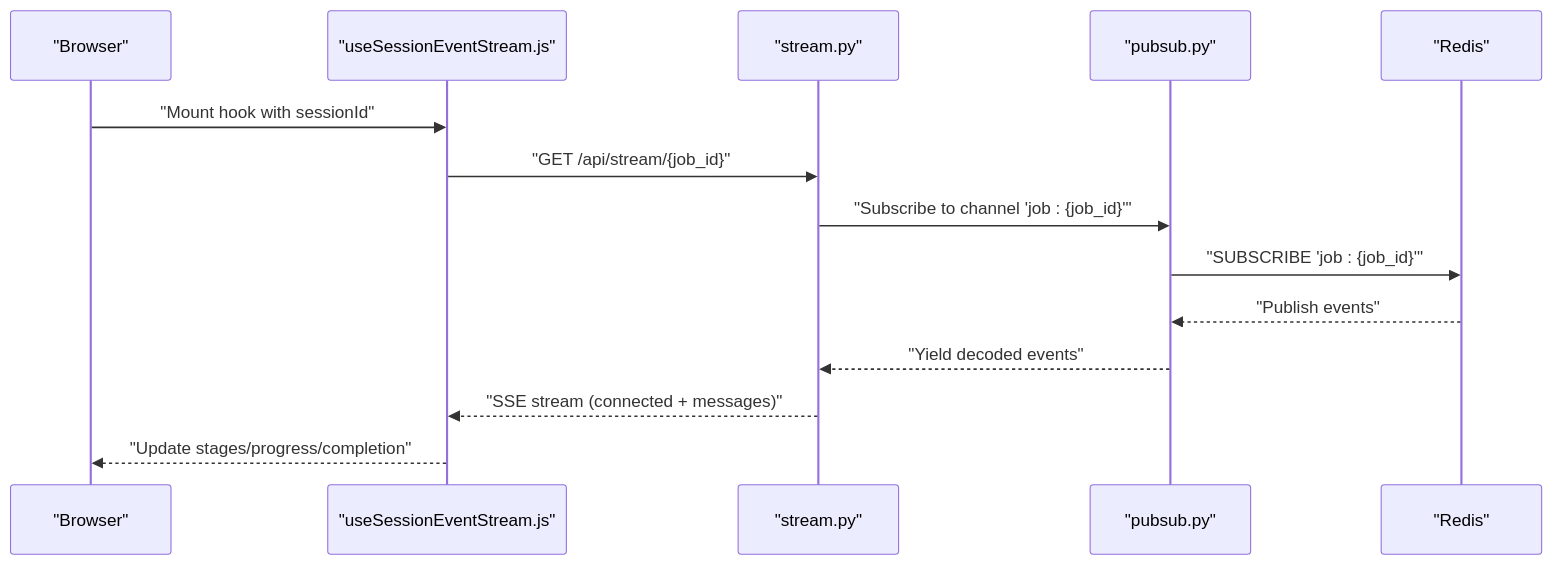
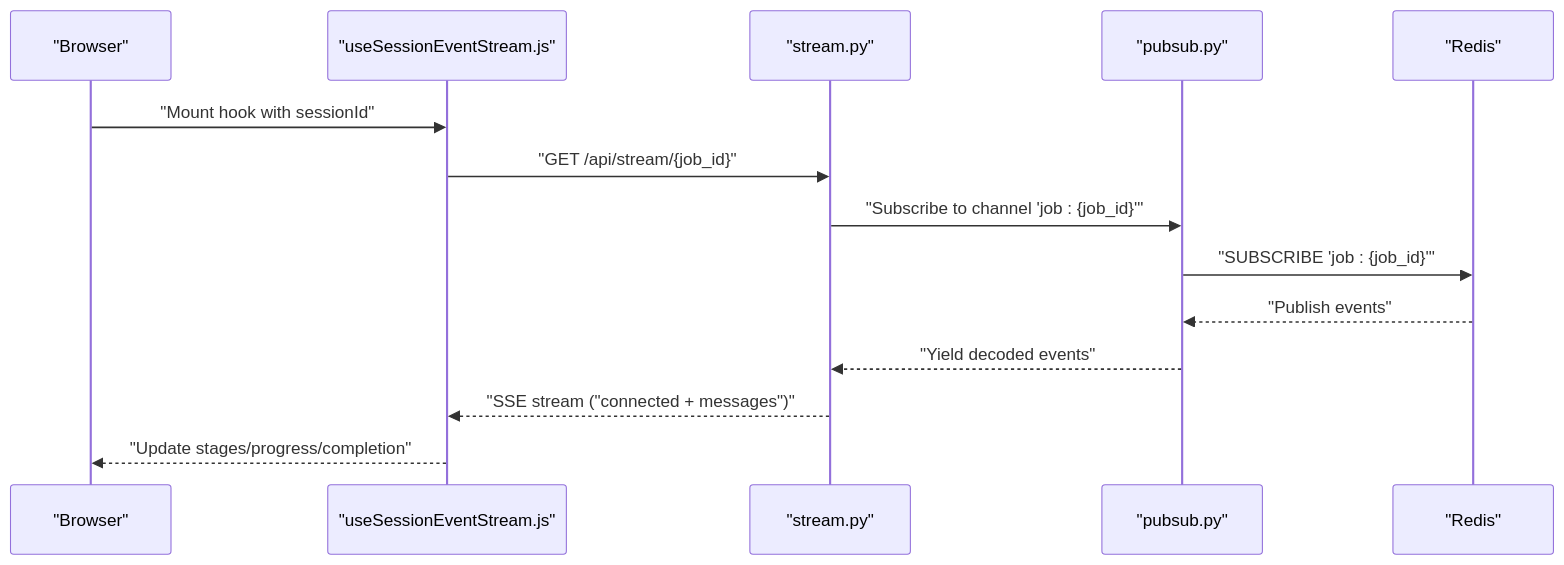
One commit to rohitkumarnaidu/ScholarFormAI changed the second of 11 diagrams in docs/docs/knowledge/Frontend Development/Real-time Features/Streaming Responses.md. Above: the diagram before and after it, drawn with Mermaid. The commit also changed other lines of this file and 611 other files, not shown here.

````diff
--- a/docs/docs/knowledge/Frontend Development/Real-time Features/Streaming Responses.md
+++ b/docs/docs/knowledge/Frontend Development/Real-time Features/Streaming Responses.md
@@ -144,16 +144,16 @@
 ```mermaid
 sequenceDiagram
 participant Client as "Browser"
 participant FE as "useSessionEventStream.js"
 participant API as "stream.py"
 participant PS as "pubsub.py"
 participant Redis as "Redis"
 Client->>FE : "Mount hook with sessionId"
 FE->>API : "GET /api/stream/{job_id}"
 API->>PS : "Subscribe to channel 'job : {job_id}'"
 PS->>Redis : "SUBSCRIBE 'job : {job_id}'"
 Redis-->>PS : "Publish events"
 PS-->>API : "Yield decoded events"
-API-->>FE : "SSE stream (connected + messages)"
+API-->>FE : "SSE stream ("connected + messages")"
 FE-->>Client : "Update stages/progress/completion"
 ```
````
